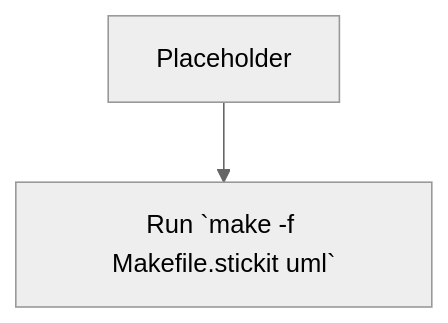
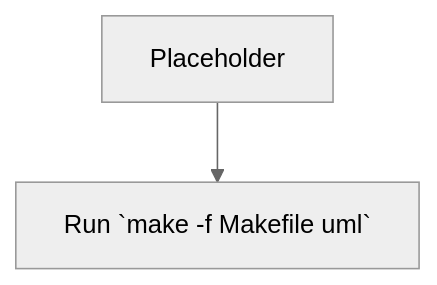
Before and after one commit to ferreira68/STICkit: the first of 2 diagrams in docs/diagrams_stickit.md, drawn with Mermaid (neutral theme). The commit also changed other lines of this file and 57 other files, not shown here.

````diff
--- a/docs/diagrams_stickit.md
+++ b/docs/diagrams_stickit.md
@@ -11,5 +9,4 @@
 ```{mermaid}
-%% Auto-generated by `make uml`
 graph TD
-  A[Placeholder] --> B[Run `make -f Makefile.stickit uml`]
+  A[Placeholder] --> B[Run `make -f Makefile uml`]
 ```
````
